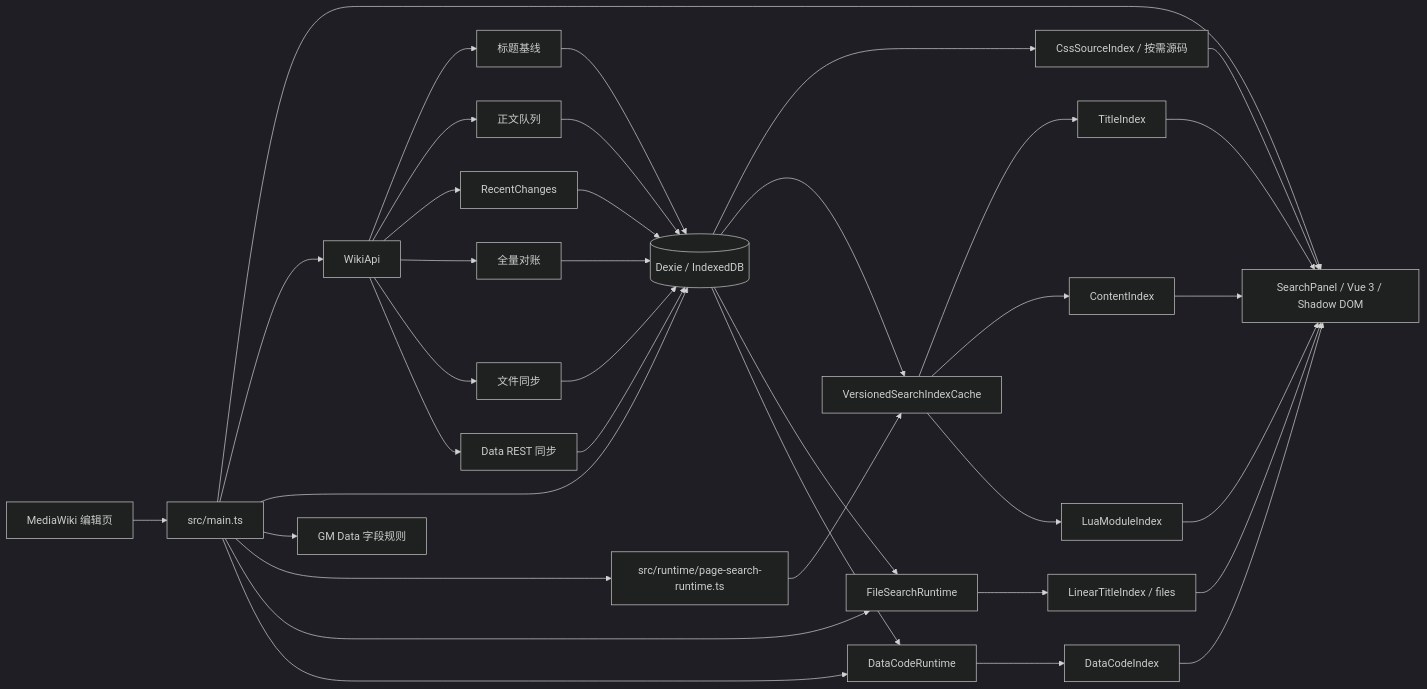
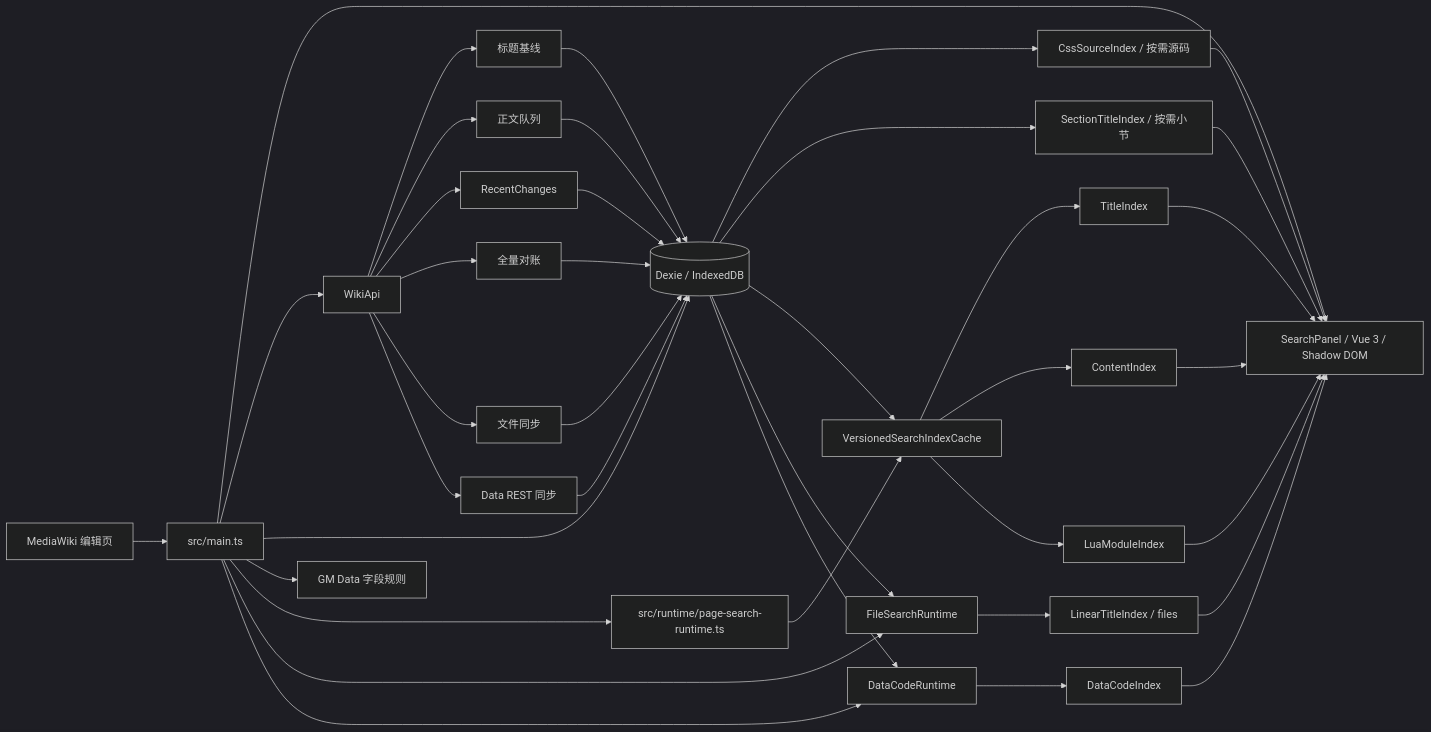
One commit to CUWikiBotCN/cu-wiki-search-companion changed the first of 2 diagrams in ARCHITECTURE.md. Above: the diagram before and after it, drawn with Mermaid (dark theme). The commit also changed other lines of this file and 33 other files, not shown here.

```diff
--- a/ARCHITECTURE.md
+++ b/ARCHITECTURE.md
@@ -22,41 +22,43 @@
 ~~~mermaid
 flowchart LR
   MW[MediaWiki 编辑页] --> Entry[src/main.ts]
   Entry --> UI[SearchPanel / Vue 3 / Shadow DOM]
   Entry --> API[WikiApi]
   Entry --> DB[(Dexie / IndexedDB)]
   Entry --> Pref[GM Data 字段规则]
   Entry --> PageRuntime[src/runtime/page-search-runtime.ts]
   PageRuntime --> Cache[VersionedSearchIndexCache]
 
   API --> TitleSync[标题基线]
   API --> ContentSync[正文队列]
   API --> RC[RecentChanges]
   API --> Recon[全量对账]
   API --> FileSync[文件同步]
   API --> DataSync[Data REST 同步]
 
   TitleSync --> DB
   ContentSync --> DB
   RC --> DB
   Recon --> DB
   FileSync --> DB
   DataSync --> DB
 
   DB --> CssIndex[CssSourceIndex / 按需源码]
+  DB --> SectionIndex[SectionTitleIndex / 按需小节]
   DB --> Cache[VersionedSearchIndexCache]
   Cache --> TitleIndex[TitleIndex]
   Cache --> ContentIndex[ContentIndex]
   Cache --> LuaIndex[LuaModuleIndex]
   Entry --> FileRuntime[FileSearchRuntime]
   Entry --> DataRuntime[DataCodeRuntime]
   DB --> FileRuntime --> FileIndex[LinearTitleIndex / files]
   DB --> DataRuntime --> DataIndex[DataCodeIndex]
 
   CssIndex --> UI
+  SectionIndex --> UI
   TitleIndex --> UI
   ContentIndex --> UI
   LuaIndex --> UI
   FileIndex --> UI
   DataIndex --> UI
 ~~~
```
